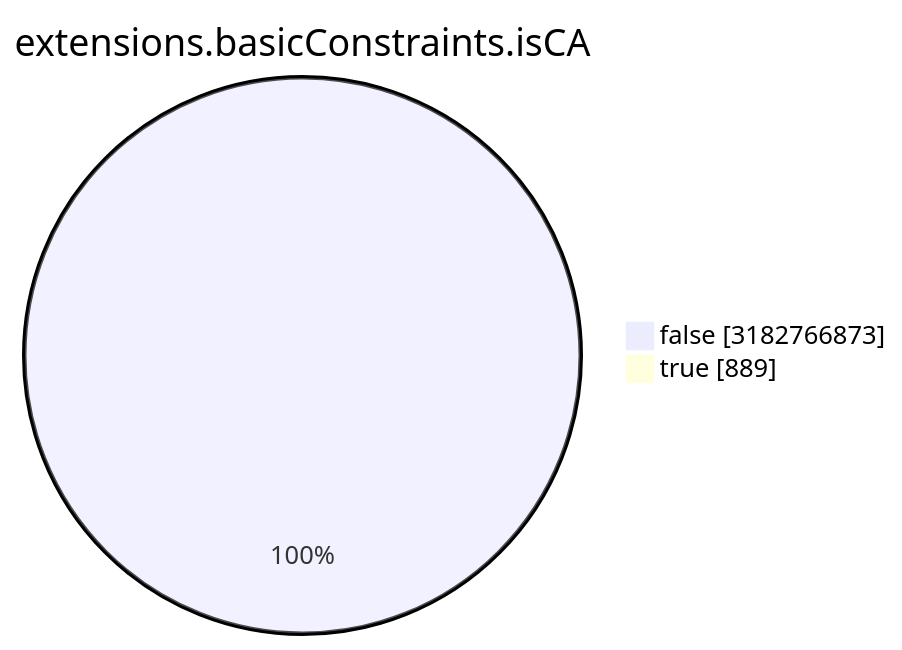
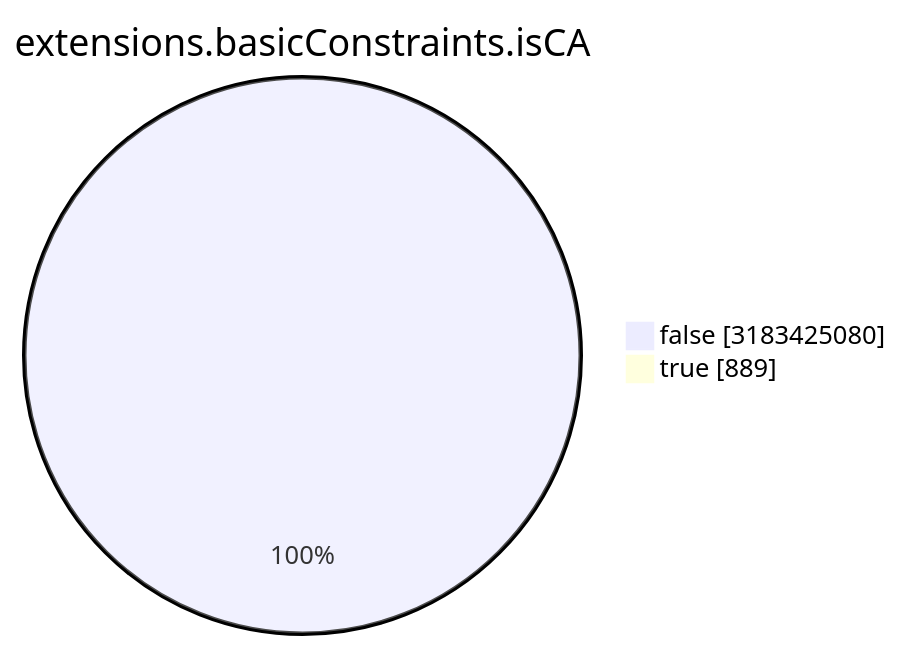
The seventh of 15 diagrams in TOTAL/README.md (christiankrug/ctmonitor_visualization), drawn with Mermaid before and after one commit. The commit also changed other lines of this file, not shown here.

````diff
--- a/TOTAL/README.md
+++ b/TOTAL/README.md
@@ -3088,6 +3088,6 @@
 ```mermaid
 pie showData
 title extensions.basicConstraints.isCA
-"false" :3182766873
+"false" :3183425080
 "true" :889
 ```
````
